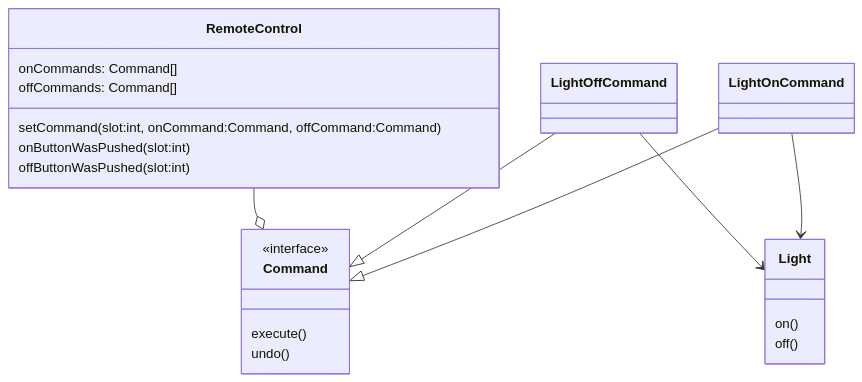
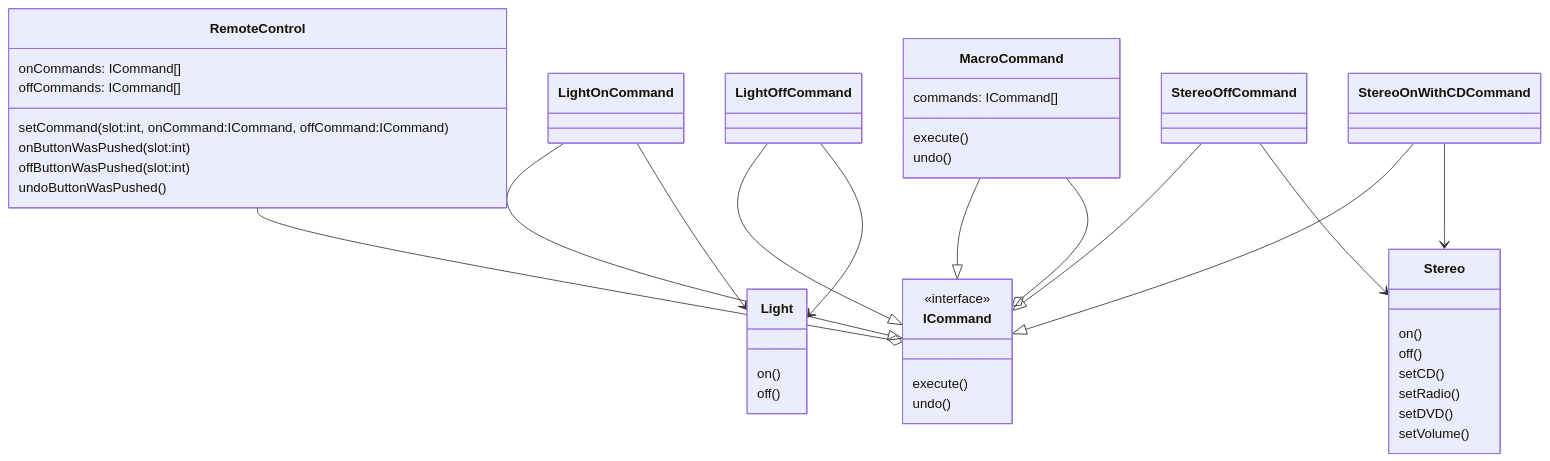
One commit to nick990/design-patterns changed the second of 2 diagrams in command/README.md. Above: the diagram before and after it, drawn with Mermaid. The commit also changed 11 other files, not shown here.

````diff
--- a/command/README.md
+++ b/command/README.md
@@ -24,26 +24,48 @@
 ```mermaid
 classDiagram
-class Command{
+class ICommand{
     <<interface>>
     execute()
     undo()
 }
 class LightOnCommand
 class LightOffCommand
-LightOnCommand --|> Command
-LightOffCommand --|> Command
+LightOnCommand --|> ICommand
+LightOffCommand --|> ICommand
 class Light{
     on()
     off()
 }
 LightOnCommand --> Light
 LightOffCommand --> Light
 class RemoteControl{
-    onCommands: Command[]
-    offCommands: Command[]
-    setCommand(slot:int, onCommand:Command, offCommand:Command)
+    onCommands: ICommand[]
+    offCommands: ICommand[]
+    setCommand(slot:int, onCommand:ICommand, offCommand:ICommand)
     onButtonWasPushed(slot:int)
     offButtonWasPushed(slot:int)
+    undoButtonWasPushed()
 }
-RemoteControl --o Command
+RemoteControl --o ICommand
+class Stereo{
+    on()
+    off()
+    setCD()
+    setRadio()
+    setDVD()
+    setVolume()
+}
+class StereoOffCommand
+class StereoOnWithCDCommand
+StereoOffCommand --|> ICommand
+StereoOnWithCDCommand --|> ICommand
+StereoOffCommand --> Stereo
+StereoOnWithCDCommand --> Stereo
+class MacroCommand {
+    commands: ICommand[]
+    execute()
+    undo()
+}
+MacroCommand --|> ICommand
+MacroCommand --o ICommand
 ```
````
